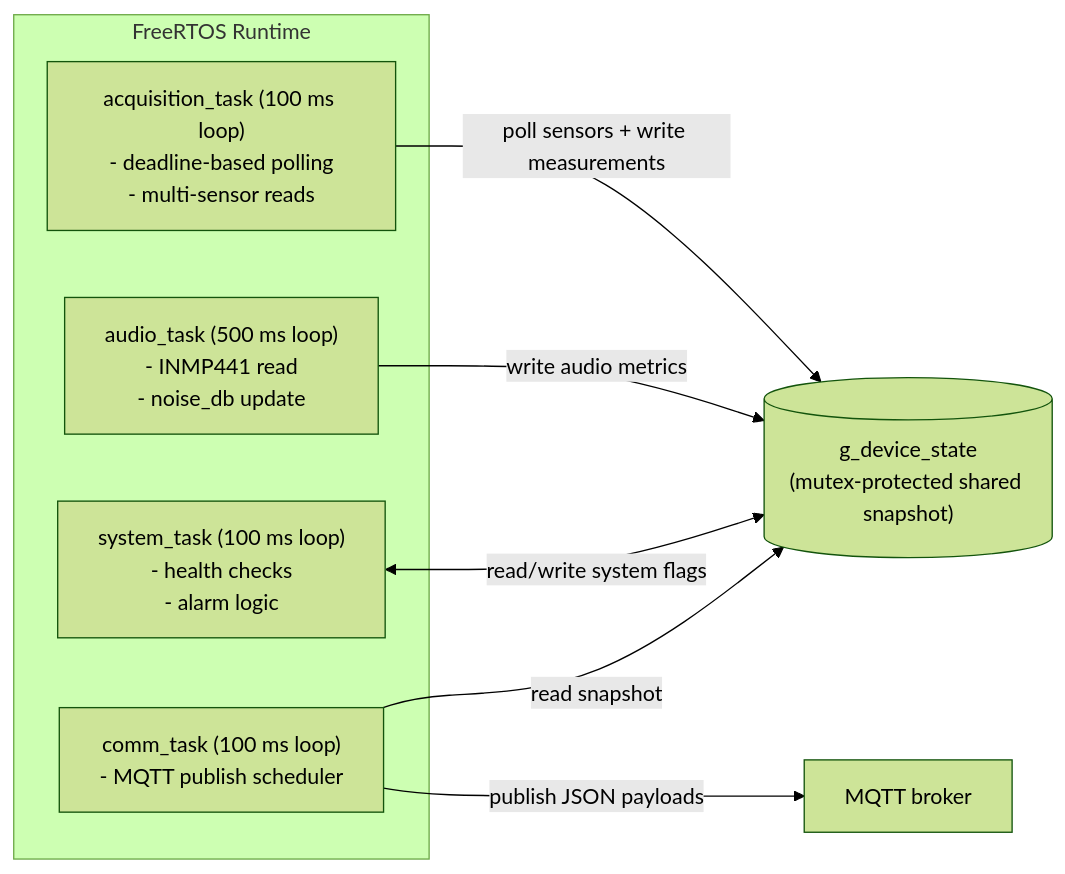
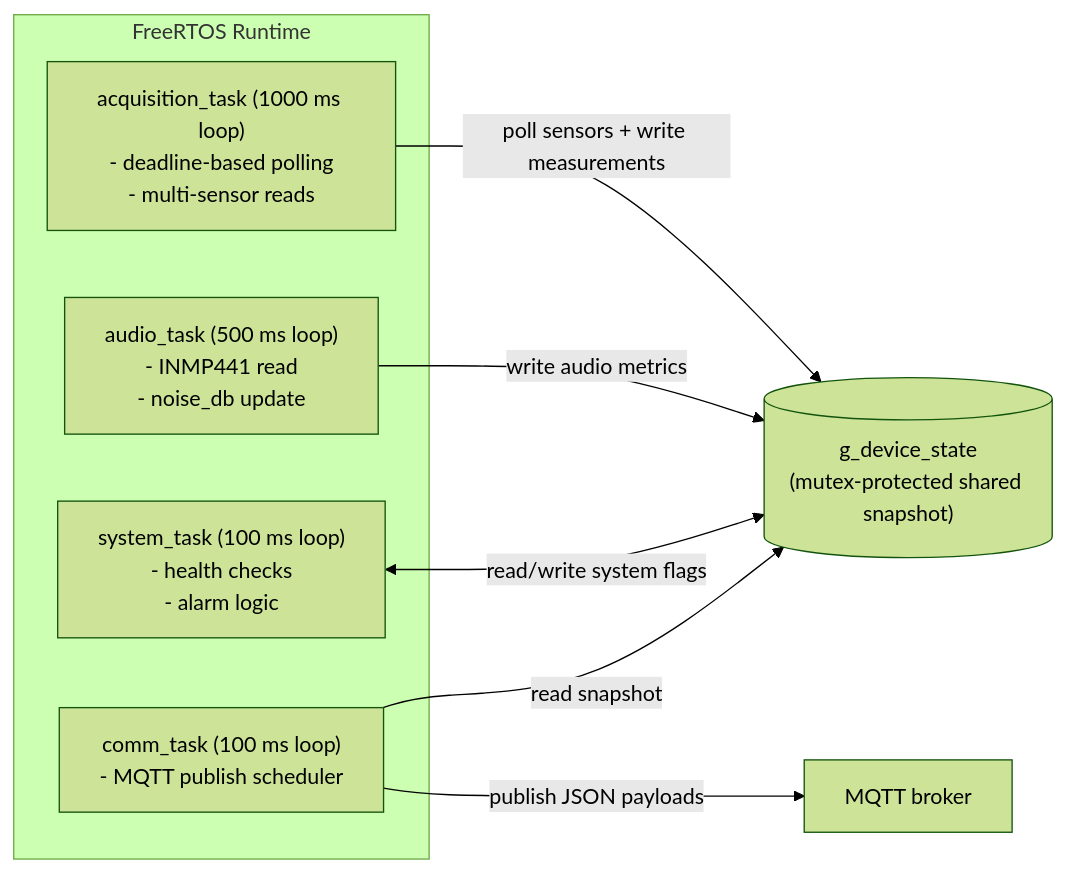
One commit to SimoPela/electrical_outlet_IOT changed the diagram in README.md. Above: the diagram before and after it, drawn with Mermaid (forest theme). The commit also changed other lines of this file, not shown here.

Commit message:
[bug] readme updated

````diff
--- a/README.md
+++ b/README.md
@@ -87,18 +87,18 @@
 ```mermaid
 flowchart LR
     subgraph RTOS[FreeRTOS Runtime]
-        ACQ["acquisition_task (100 ms loop)\n- deadline-based polling\n- multi-sensor reads"]
+        ACQ["acquisition_task (1000 ms loop)\n- deadline-based polling\n- multi-sensor reads"]
         AUD["audio_task (500 ms loop)\n- INMP441 read\n- noise_db update"]
         SYS["system_task (100 ms loop)\n- health checks\n- alarm logic"]
         COM["comm_task (100 ms loop)\n- MQTT publish scheduler"]
     end
 
     DS[("g_device_state\n(mutex-protected shared snapshot)")]
     BRK["MQTT broker"]
 
     ACQ -->|"poll sensors + write measurements"| DS
     AUD -->|"write audio metrics"| DS
     SYS <-->|"read/write system flags"| DS
     COM -->|"read snapshot"| DS
     COM -->|"publish JSON payloads"| BRK
 ```
````
